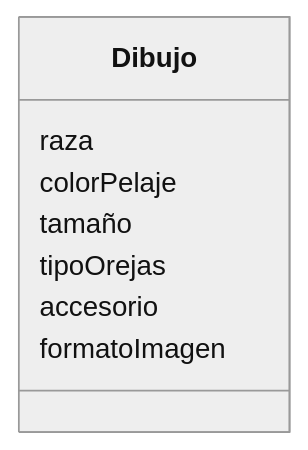
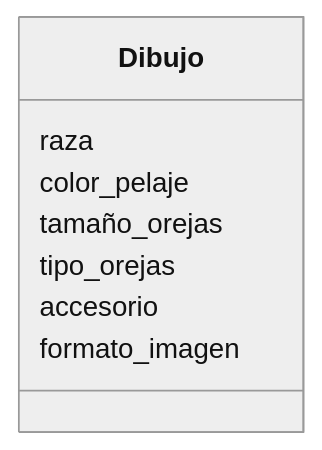
One commit to JoseMarca17/psg-oop-2025 changed the diagram in retos_sesion_01/ejercicio_03.md. Above: the diagram before and after it, drawn with Mermaid (neutral theme). The commit also changed other lines of this file, not shown here.

````diff
--- a/retos_sesion_01/ejercicio_03.md
+++ b/retos_sesion_01/ejercicio_03.md
@@ -40,11 +40,11 @@
 ```mermaid
 classDiagram
     class Dibujo {
         raza
-        colorPelaje
-        tamaño
-        tipoOrejas
+        color_pelaje
+        tamaño_orejas
+        tipo_orejas
         accesorio
-        formatoImagen
+        formato_imagen
     }
 ```
````
